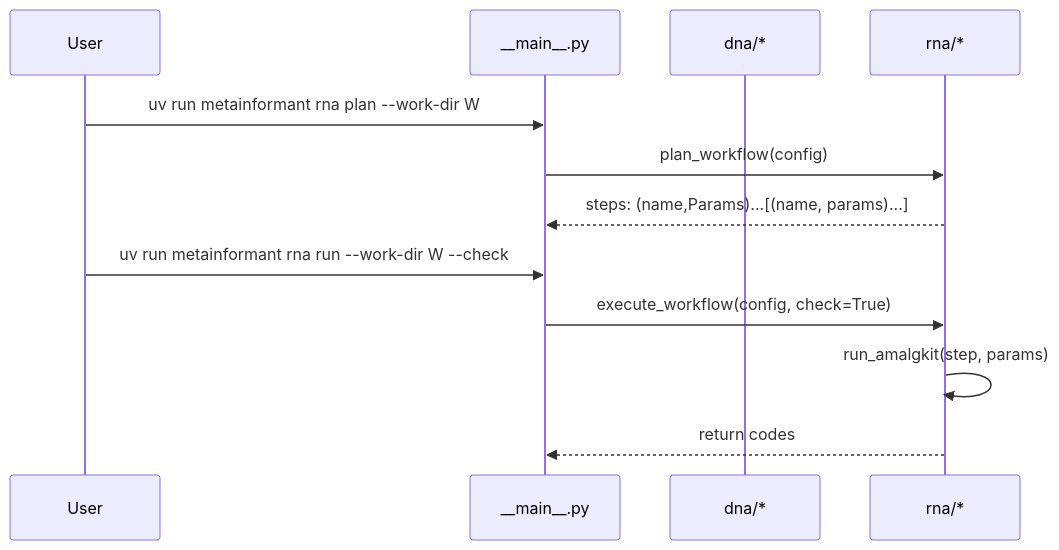
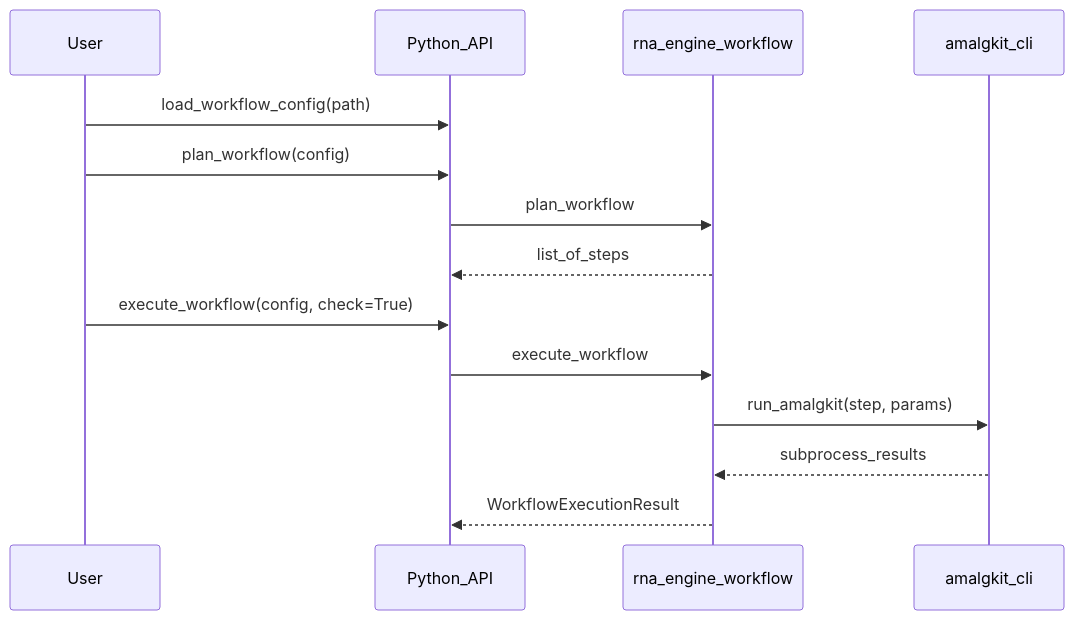
The diagram in docs/cli.md (docxology/MetaInformAnt), drawn with Mermaid before and after one commit. The commit also changed other lines of this file and 5 other files, not shown here.

````diff
--- a/docs/cli.md
+++ b/docs/cli.md
@@ -107,14 +77,16 @@
 ```mermaid
 sequenceDiagram
   participant U as User
-  participant CLI as __main__.py
-  participant DNA as dna/*
-  participant RNA as rna/*
-  U->>CLI: uv run metainformant rna plan --work-dir W
-  CLI->>RNA: plan_workflow(config)
-  RNA-->>CLI: steps: (name,Params)...[(name, params)...]
-  U->>CLI: uv run metainformant rna run --work-dir W --check
-  CLI->>RNA: execute_workflow(config, check=True)
-  RNA->>RNA: run_amalgkit(step, params)
-  RNA-->>CLI: return codes
+  participant Py as Python_API
+  participant Eng as rna_engine_workflow
+  participant Am as amalgkit_cli
+  U->>Py: load_workflow_config(path)
+  U->>Py: plan_workflow(config)
+  Py->>Eng: plan_workflow
+  Eng-->>Py: list_of_steps
+  U->>Py: execute_workflow(config, check=True)
+  Py->>Eng: execute_workflow
+  Eng->>Am: run_amalgkit(step, params)
+  Am-->>Eng: subprocess_results
+  Eng-->>Py: WorkflowExecutionResult
 ```
````
